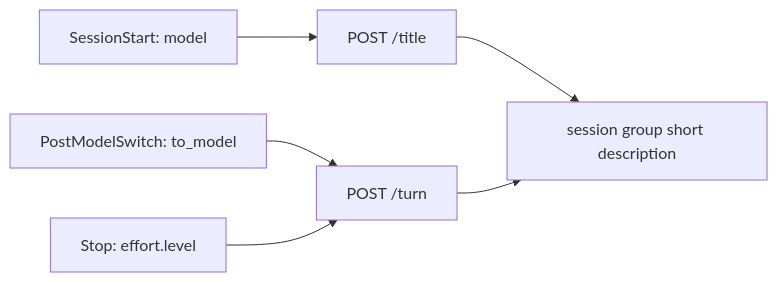
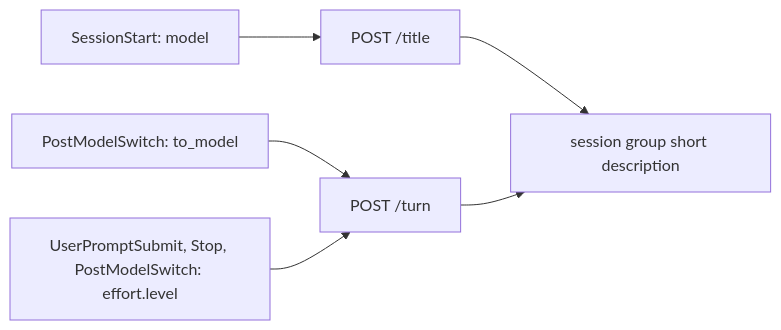
Before and after one commit to simplex-chat/simplex-chat: the fourth of 26 diagrams in plans/2026-11-07-mcp-claude-code-channel.md, drawn with Mermaid. The commit also changed other lines of this file, not shown here.

Commit message:
plan: decision 31 reads the effort level from every turn hook, as the code

````diff
--- a/plans/2026-11-07-mcp-claude-code-channel.md
+++ b/plans/2026-11-07-mcp-claude-code-channel.md
@@ -305,8 +305,8 @@
 ```mermaid
 flowchart LR
   SS[SessionStart: model] --> T[POST /title]
   PM[PostModelSwitch: to_model] --> R[POST /turn]
-  ST[Stop: effort.level] --> R
+  ST[UserPromptSubmit, Stop, PostModelSwitch: effort.level] --> R
   T --> D[session group short description]
   R --> D
 ```
````
